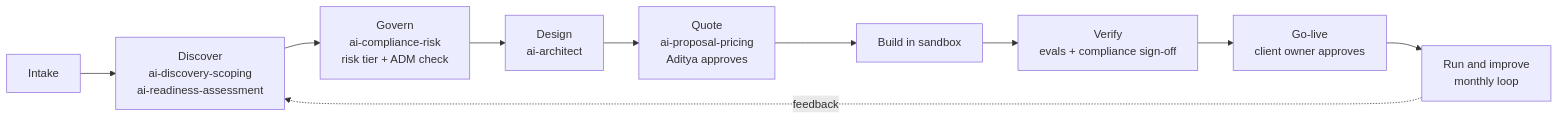
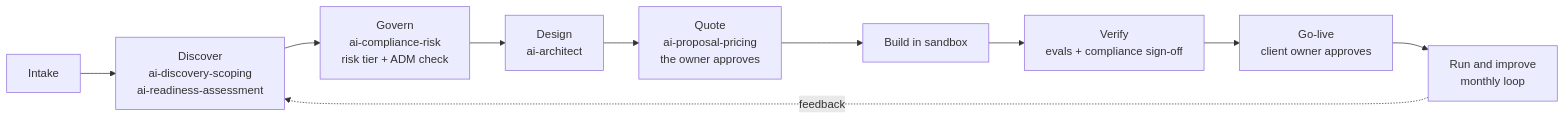
The diagram in .claude/skills/ai-manager/SKILL.md (avionad/ai-engineering-department), drawn with Mermaid before and after one commit. The commit also changed other lines of this file and 64 other files, not shown here.

Commit message:
Per-folder READMEs for every skill, the shared knowledge base and agents; public-release scrub (names, quote figures, pricing internals)

````diff
--- a/.claude/skills/ai-manager/SKILL.md
+++ b/.claude/skills/ai-manager/SKILL.md
@@ -83,12 +83,12 @@
 ```mermaid
 flowchart LR
   I[Intake] --> D[Discover<br/>ai-discovery-scoping<br/>ai-readiness-assessment]
   D --> G[Govern<br/>ai-compliance-risk<br/>risk tier + ADM check]
   G --> A[Design<br/>ai-architect]
-  A --> Q[Quote<br/>ai-proposal-pricing<br/>Aditya approves]
+  A --> Q[Quote<br/>ai-proposal-pricing<br/>the owner approves]
   Q --> B[Build in sandbox]
   B --> V[Verify<br/>evals + compliance sign-off]
   V --> L[Go-live<br/>client owner approves]
   L --> R[Run and improve<br/>monthly loop]
   R -.feedback.-> D
 ```
````
